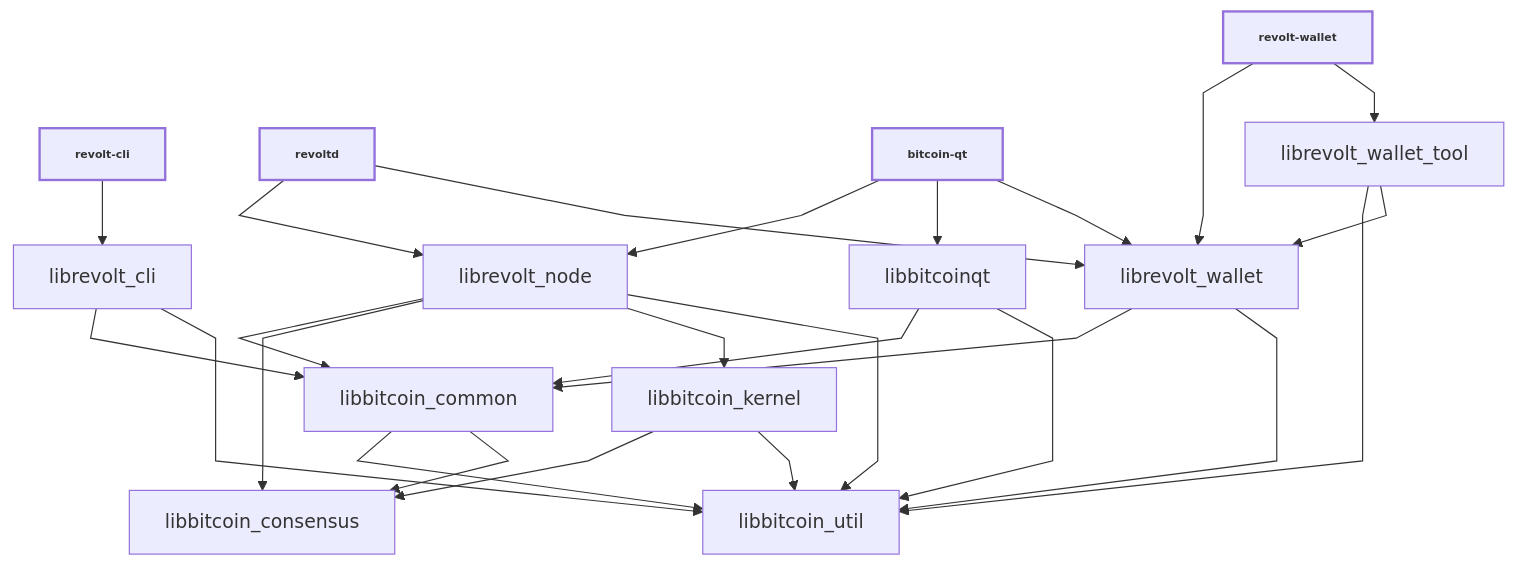
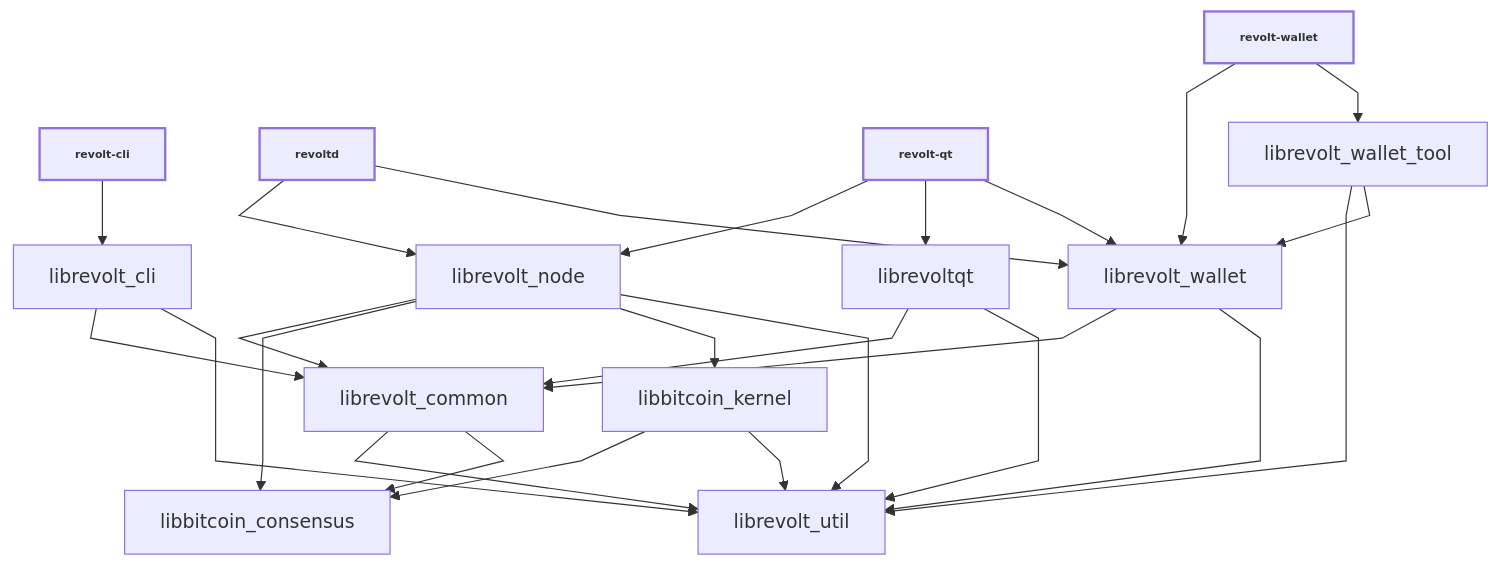
One commit to Chres-SC/bitcoin changed the diagram in doc/design/libraries.md. Above: the diagram before and after it, drawn with Mermaid. The commit also changed other lines of this file and 188 other files, not shown here.

````diff
--- a/doc/design/libraries.md
+++ b/doc/design/libraries.md
@@ -36,44 +36,44 @@
 ```mermaid
 
 %%{ init : { "flowchart" : { "curve" : "linear" }}}%%
 
 graph TD;
 
 revolt-cli[revolt-cli]-->librevolt_cli;
 
 revoltd[revoltd]-->librevolt_node;
 revoltd[revoltd]-->librevolt_wallet;
 
-bitcoin-qt[bitcoin-qt]-->librevolt_node;
-bitcoin-qt[bitcoin-qt]-->libbitcoinqt;
-bitcoin-qt[bitcoin-qt]-->librevolt_wallet;
+revolt-qt[revolt-qt]-->librevolt_node;
+revolt-qt[revolt-qt]-->librevoltqt;
+revolt-qt[revolt-qt]-->librevolt_wallet;
 
 revolt-wallet[revolt-wallet]-->librevolt_wallet;
 revolt-wallet[revolt-wallet]-->librevolt_wallet_tool;
 
-librevolt_cli-->libbitcoin_common;
-librevolt_cli-->libbitcoin_util;
+librevolt_cli-->librevolt_common;
+librevolt_cli-->librevolt_util;
 
-libbitcoin_common-->libbitcoin_util;
-libbitcoin_common-->libbitcoin_consensus;
+librevolt_common-->librevolt_util;
+librevolt_common-->libbitcoin_consensus;
 
 libbitcoin_kernel-->libbitcoin_consensus;
-libbitcoin_kernel-->libbitcoin_util;
+libbitcoin_kernel-->librevolt_util;
 
-librevolt_node-->libbitcoin_common;
+librevolt_node-->librevolt_common;
 librevolt_node-->libbitcoin_consensus;
 librevolt_node-->libbitcoin_kernel;
-librevolt_node-->libbitcoin_util;
+librevolt_node-->librevolt_util;
 
-libbitcoinqt-->libbitcoin_common;
-libbitcoinqt-->libbitcoin_util;
+librevoltqt-->librevolt_common;
+librevoltqt-->librevolt_util;
 
-librevolt_wallet-->libbitcoin_common;
-librevolt_wallet-->libbitcoin_util;
+librevolt_wallet-->librevolt_common;
+librevolt_wallet-->librevolt_util;
 
-librevolt_wallet_tool-->libbitcoin_util;
+librevolt_wallet_tool-->librevolt_util;
 librevolt_wallet_tool-->librevolt_wallet;
 
 classDef bold stroke-width:2px, font-weight:bold, font-size: smaller;
-class bitcoin-qt,revoltd,revolt-cli,revolt-wallet bold
+class revolt-qt,revoltd,revolt-cli,revolt-wallet bold
 ```
````
